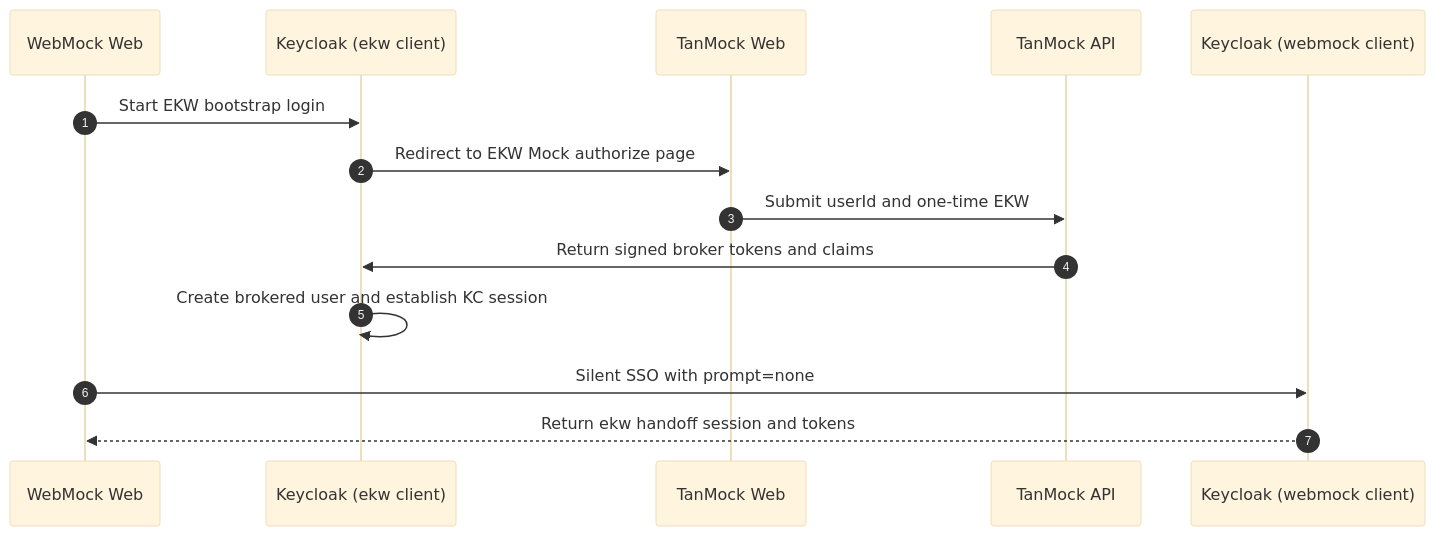
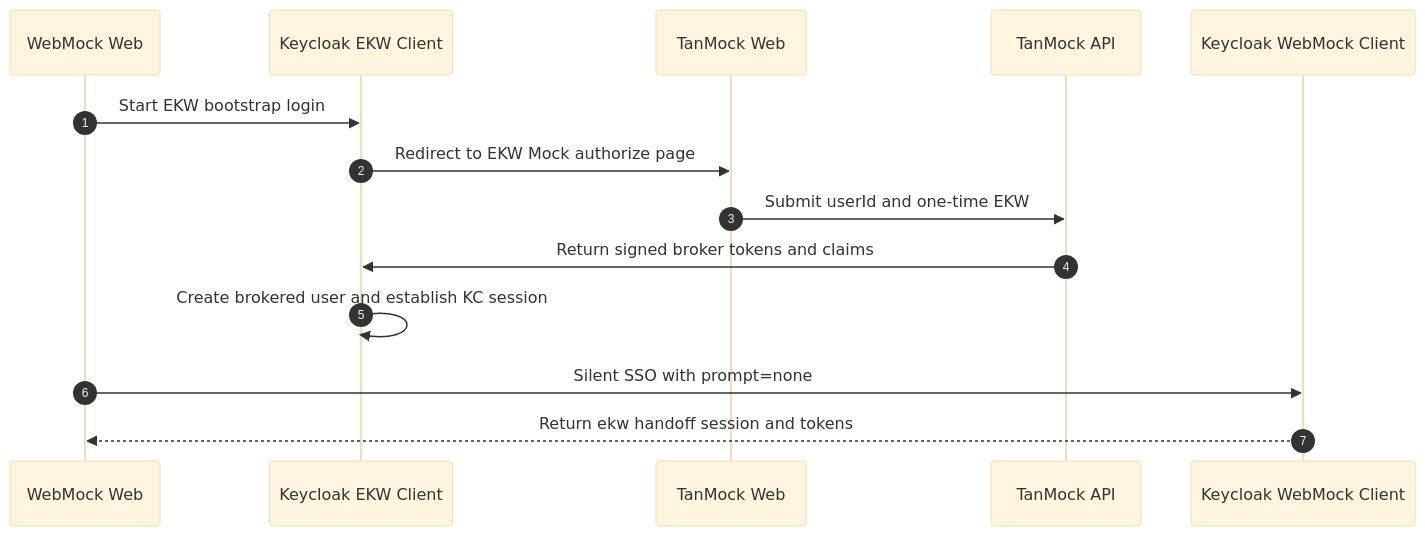
The diagram in docs/diagrams/sequences/ekw-broker-login-into-webmock/README.md (rpreissel/auth-sandbox-2), drawn with Mermaid (base theme) before and after one commit. The commit also changed 7 other files, not shown here.

First line of the commit message:
fix app tabs and diagram rendering

````diff
--- a/docs/diagrams/sequences/ekw-broker-login-into-webmock/README.md
+++ b/docs/diagrams/sequences/ekw-broker-login-into-webmock/README.md
@@ -10,17 +10,17 @@
 ```mermaid
 sequenceDiagram
   autonumber
   participant WM as WebMock Web
-  participant KC_E as Keycloak (ekw client)
+  participant KC_E as Keycloak EKW Client
   participant TM as TanMock Web
   participant TMA as TanMock API
-  participant KC_W as Keycloak (webmock client)
+  participant KC_W as Keycloak WebMock Client
 
   WM->>KC_E: Start EKW bootstrap login
   KC_E->>TM: Redirect to EKW Mock authorize page
   TM->>TMA: Submit userId and one-time EKW
   TMA->>KC_E: Return signed broker tokens and claims
   KC_E->>KC_E: Create brokered user and establish KC session
   WM->>KC_W: Silent SSO with prompt=none
   KC_W-->>WM: Return ekw handoff session and tokens
 ```
````
